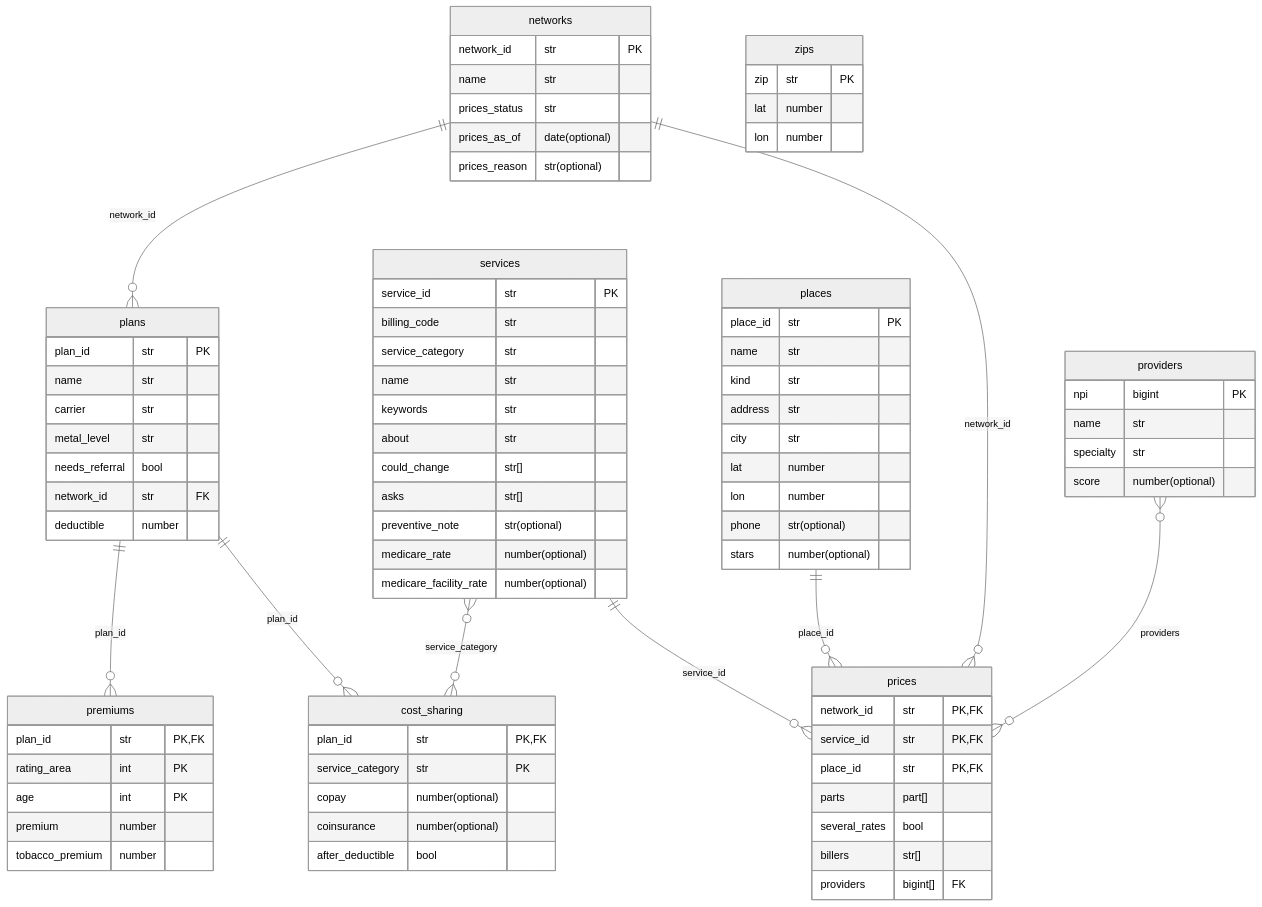
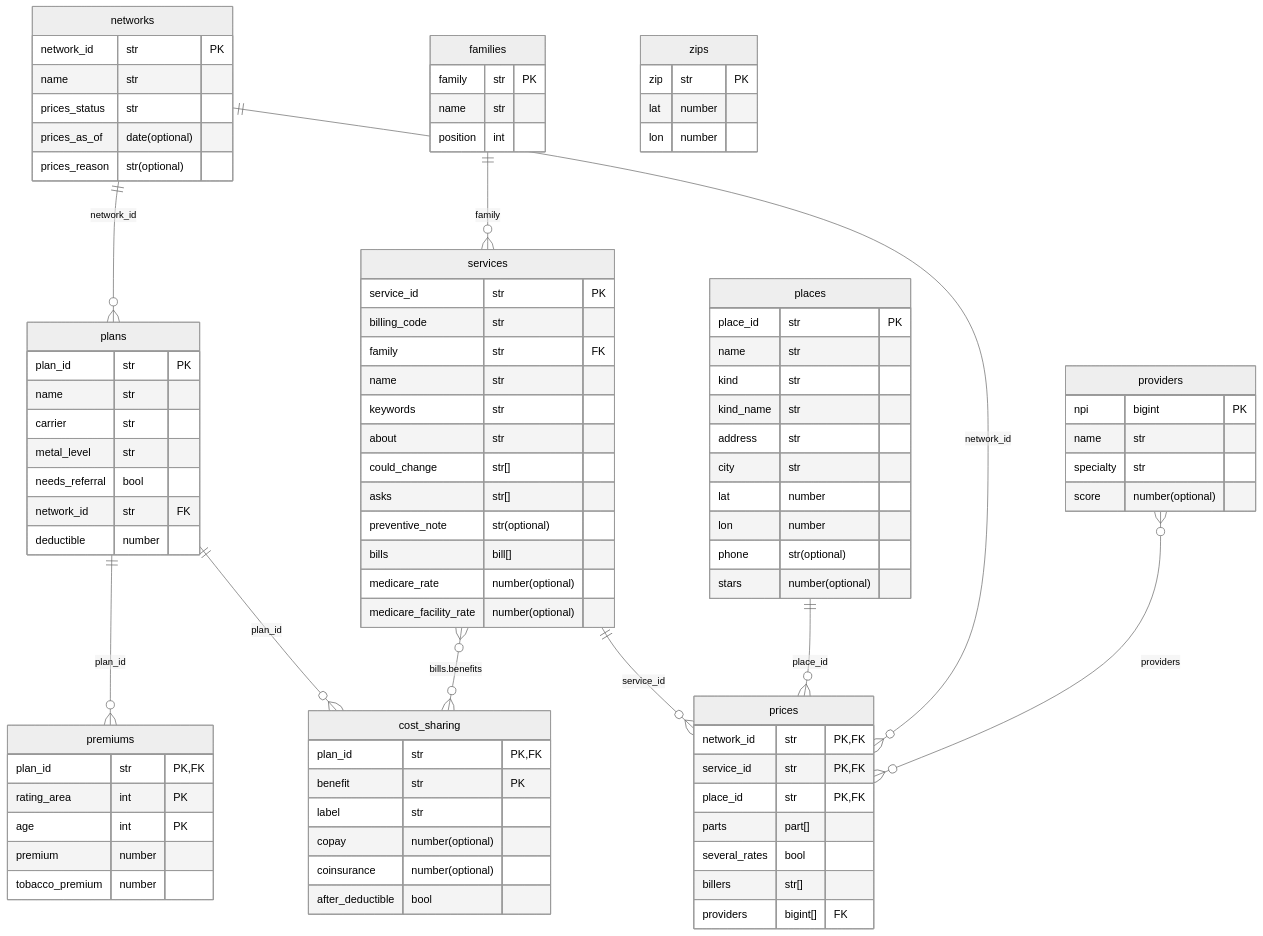
One commit to wmespi/honest-healthcare changed the second of 3 diagrams in docs/architecture.md. Above: the diagram before and after it, drawn with Mermaid (neutral theme). The commit also changed other lines of this file and 66 other files, not shown here.

````diff
--- a/docs/architecture.md
+++ b/docs/architecture.md
@@ -102,7 +102,8 @@
     }
     cost_sharing {
         plan_id str PK, FK
-        service_category str PK
+        benefit str PK
+        label str
         copay number(optional)
         coinsurance number(optional)
         after_deductible bool
@@ -121,16 +122,22 @@
         premium number
         tobacco_premium number
     }
+    families {
+        family str PK
+        name str
+        position int
+    }
     services {
         service_id str PK
         billing_code str
-        service_category str
+        family str FK
         name str
         keywords str
         about str
         could_change str[]
         asks str[]
         preventive_note str(optional)
+        bills bill[]
         medicare_rate number(optional)
         medicare_facility_rate number(optional)
     }
@@ -147,6 +154,7 @@
         place_id str PK
         name str
         kind str
+        kind_name str
         address str
         city str
         lat number
@@ -166,12 +174,13 @@
         lon number
     }
 
+    families ||--o{ services : "family"
     services ||--o{ prices : "service_id"
     places ||--o{ prices : "place_id"
     networks ||--o{ plans : "network_id"
     plans ||--o{ premiums : "plan_id"
     plans ||--o{ cost_sharing : "plan_id"
-    services }o--o{ cost_sharing : "service_category"
+    services }o--o{ cost_sharing : "bills.benefits"
     networks ||--o{ prices : "network_id"
     providers }o--o{ prices : "providers"
 ```
````
